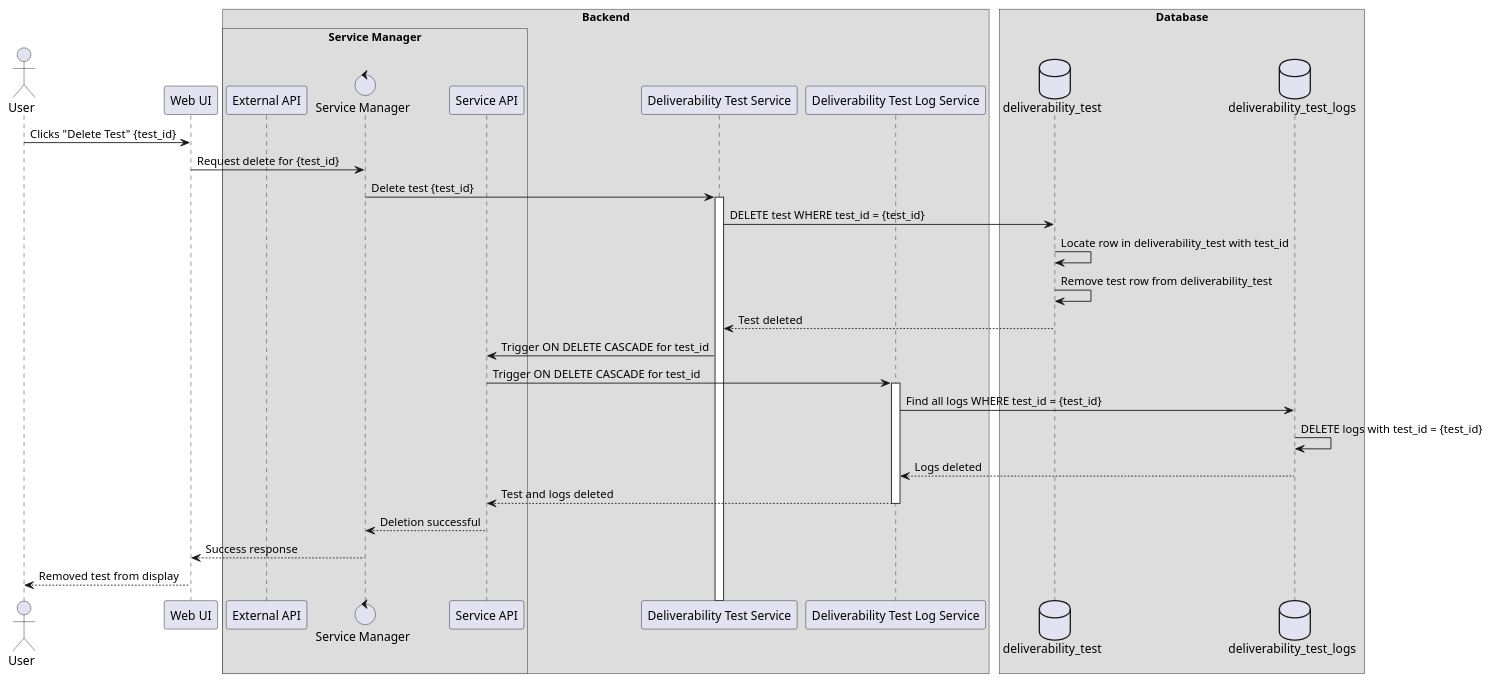
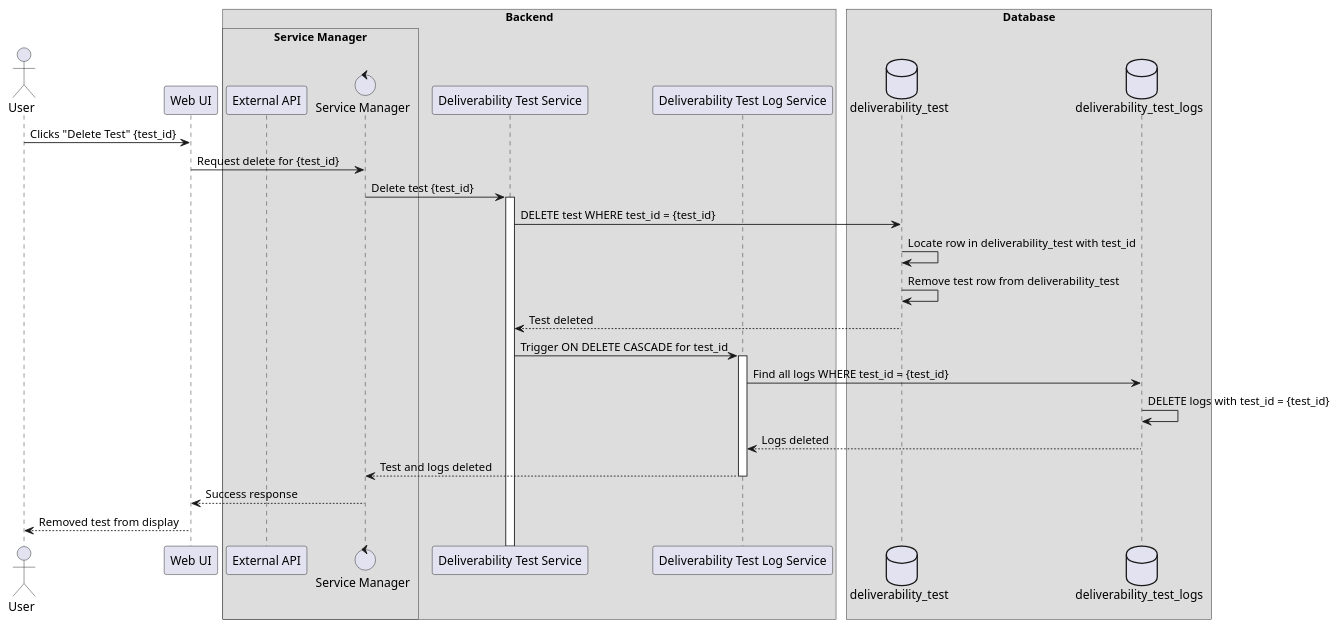
One commit to Xyz0074/testing-diagrams changed the diagram in source/sequence-diagrams/test-deletion-sequence-diagram.puml. Above: the diagram before and after it, drawn with PlantUML. The commit also changed other lines of this file, not shown here.

```diff
--- a/source/sequence-diagrams/test-deletion-sequence-diagram.puml
+++ b/source/sequence-diagrams/test-deletion-sequence-diagram.puml
@@ -1,51 +2,48 @@
 @startuml
 !pragma teoz true
 
 /' Hard delete cascade flow for deliverability_test and deliverability_test_logs. '/
 
 actor User as user
 
 participant "Web UI" as web_ui
 
 box Backend
     box Service Manager
 participant "External API" as ext
 control "Service Manager" as service_manager
-participant "Service API" as api
 end box
     participant "Deliverability Test Service" as deliverability_test
     participant "Deliverability Test Log Service" as deliverability_test_log
 end box
 
 box Database
     database "deliverability_test" as dt
     database "deliverability_test_logs" as dtl
 end box
 
 /' Step-by-step deletion flow with cascade '/
 
 user -> web_ui: Clicks "Delete Test" {test_id}
 web_ui -> service_manager: Request delete for {test_id}
 service_manager -> deliverability_test: Delete test {test_id}
 activate deliverability_test
 
 deliverability_test -> dt: DELETE test WHERE test_id = {test_id}
 
 dt -> dt: Locate row in deliverability_test with test_id
 dt -> dt: Remove test row from deliverability_test
 dt --> deliverability_test: Test deleted
 
 /' Cascade process begins '/
-deliverability_test -> api: Trigger ON DELETE CASCADE for test_id
-api -> deliverability_test_log: Trigger ON DELETE CASCADE for test_id
+deliverability_test -> deliverability_test_log: Trigger ON DELETE CASCADE for test_id
 activate deliverability_test_log
 deliverability_test_log -> dtl: Find all logs WHERE test_id = {test_id}
 dtl -> dtl: DELETE logs with test_id = {test_id}
 dtl --> deliverability_test_log: Logs deleted
-deliverability_test_log --> api: Test and logs deleted
+deliverability_test_log --> service_manager: Test and logs deleted
 deactivate deliverability_test_log
 
-api --> service_manager: Deletion successful
 service_manager --> web_ui: Success response
 web_ui --> user: Removed test from display
 @enduml
```
